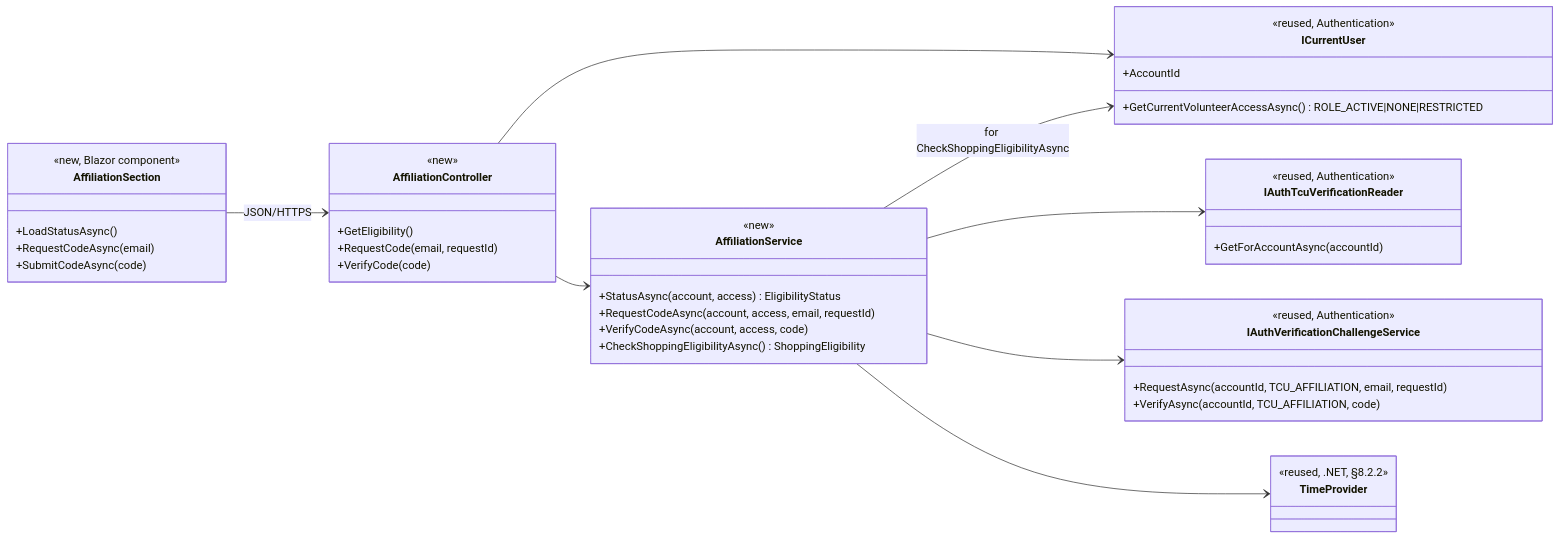
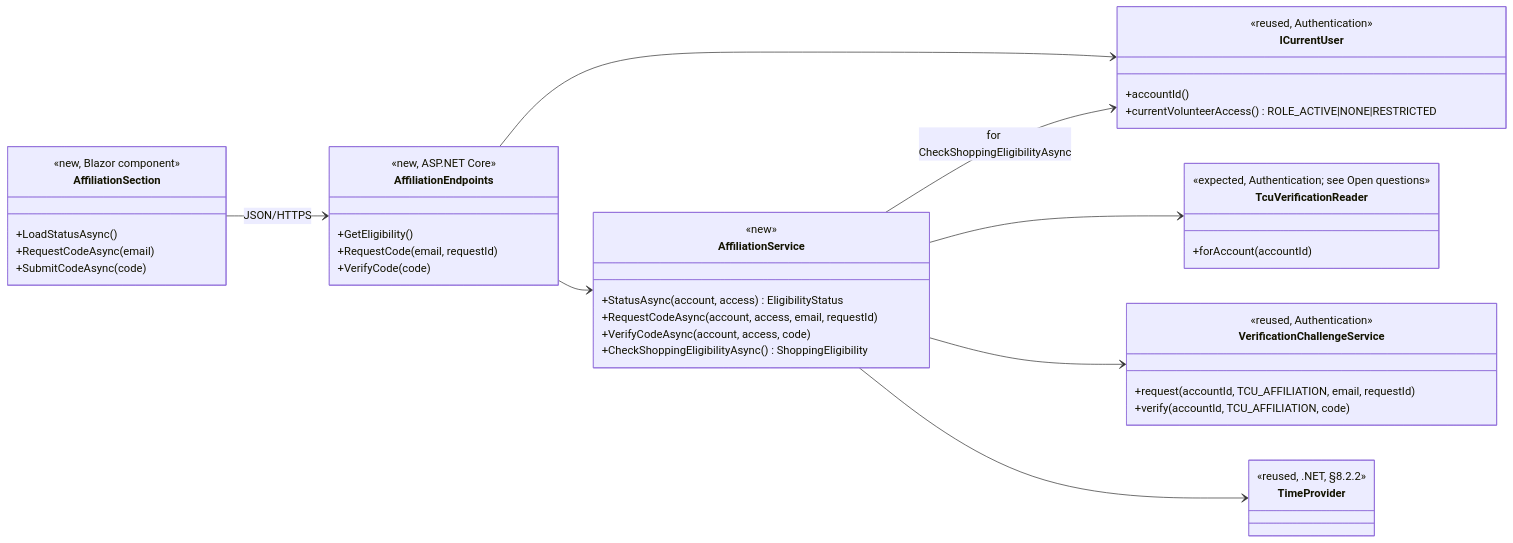
Before and after one commit to evelyntrann/cosc-40943-team-3-refrog: the first of 3 diagrams in docs/design/IDV.md, drawn with Mermaid. The commit also changed other lines of this file, not shown here.

````diff
--- a/docs/design/IDV.md
+++ b/docs/design/IDV.md
@@ -40,47 +40,47 @@
 ```mermaid
 classDiagram
     direction LR
     class AffiliationSection {
         <<new, Blazor component>>
         +LoadStatusAsync()
         +RequestCodeAsync(email)
         +SubmitCodeAsync(code)
     }
-    class AffiliationController {
-        <<new>>
+    class AffiliationEndpoints {
+        <<new, ASP.NET Core>>
         +GetEligibility()
         +RequestCode(email, requestId)
         +VerifyCode(code)
     }
     class AffiliationService {
         <<new>>
         +StatusAsync(account, access) EligibilityStatus
         +RequestCodeAsync(account, access, email, requestId)
         +VerifyCodeAsync(account, access, code)
         +CheckShoppingEligibilityAsync() ShoppingEligibility
     }
-    class IAuthTcuVerificationReader {
+    class TcuVerificationReader {
+        <<expected, Authentication; see Open questions>>
+        +forAccount(accountId)
+    }
+    class VerificationChallengeService {
         <<reused, Authentication>>
-        +GetForAccountAsync(accountId)
-    }
-    class IAuthVerificationChallengeService {
-        <<reused, Authentication>>
-        +RequestAsync(accountId, TCU_AFFILIATION, email, requestId)
-        +VerifyAsync(accountId, TCU_AFFILIATION, code)
+        +request(accountId, TCU_AFFILIATION, email, requestId)
+        +verify(accountId, TCU_AFFILIATION, code)
     }
     class ICurrentUser {
         <<reused, Authentication>>
-        +AccountId
-        +GetCurrentVolunteerAccessAsync() ROLE_ACTIVE|NONE|RESTRICTED
+        +accountId()
+        +currentVolunteerAccess() ROLE_ACTIVE|NONE|RESTRICTED
     }
     class TimeProvider {
         <<reused, .NET, §8.2.2>>
     }
-    AffiliationSection --> AffiliationController : JSON/HTTPS
-    AffiliationController --> ICurrentUser
-    AffiliationController --> AffiliationService
+    AffiliationSection --> AffiliationEndpoints : JSON/HTTPS
+    AffiliationEndpoints --> ICurrentUser
+    AffiliationEndpoints --> AffiliationService
     AffiliationService --> ICurrentUser : for CheckShoppingEligibilityAsync
-    AffiliationService --> IAuthTcuVerificationReader
-    AffiliationService --> IAuthVerificationChallengeService
+    AffiliationService --> TcuVerificationReader
+    AffiliationService --> VerificationChallengeService
     AffiliationService --> TimeProvider
 ```
````
